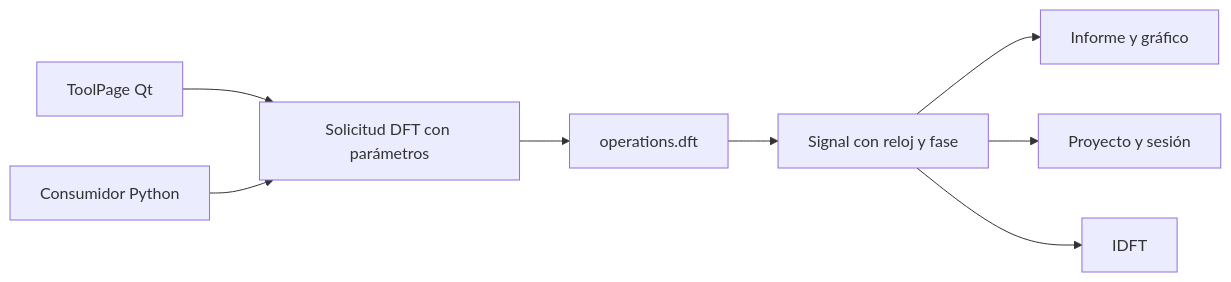
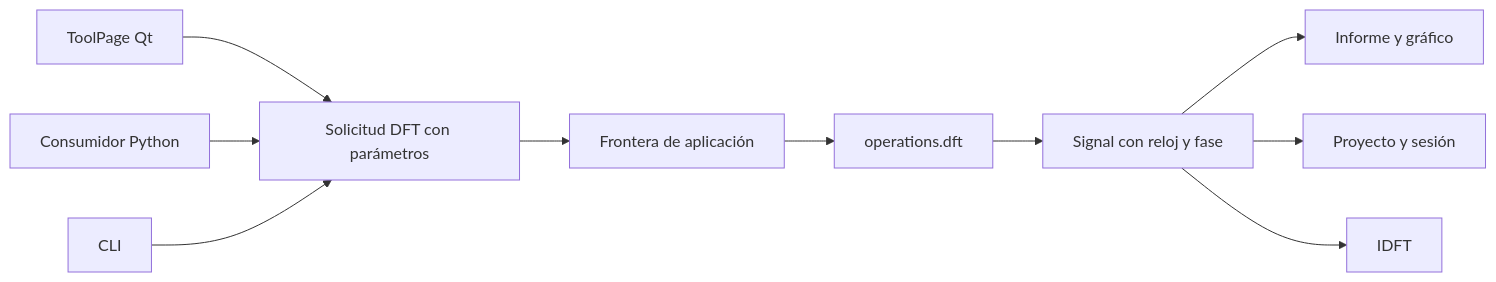
One commit to Tincho1286/SignalLab-PC changed the diagram in docs/engineering/ADR-001-DFT-PILOT.md. Above: the diagram before and after it, drawn with Mermaid. The commit also changed other lines of this file and 7 other files, not shown here.

````diff
--- a/docs/engineering/ADR-001-DFT-PILOT.md
+++ b/docs/engineering/ADR-001-DFT-PILOT.md
@@ -15,10 +15,12 @@
 ```mermaid
 flowchart LR
     Qt[ToolPage Qt] --> Request[Solicitud DFT con parámetros]
     Python[Consumidor Python] --> Request
-    Request --> Engine[operations.dft]
+    CLI[CLI] --> Request
+    Request --> Boundary[Frontera de aplicación]
+    Boundary --> Engine[operations.dft]
     Engine --> Signal[Signal con reloj y fase]
     Signal --> View[Informe y gráfico]
     Signal --> Project[Proyecto y sesión]
     Signal --> Inverse[IDFT]
 ```
````
